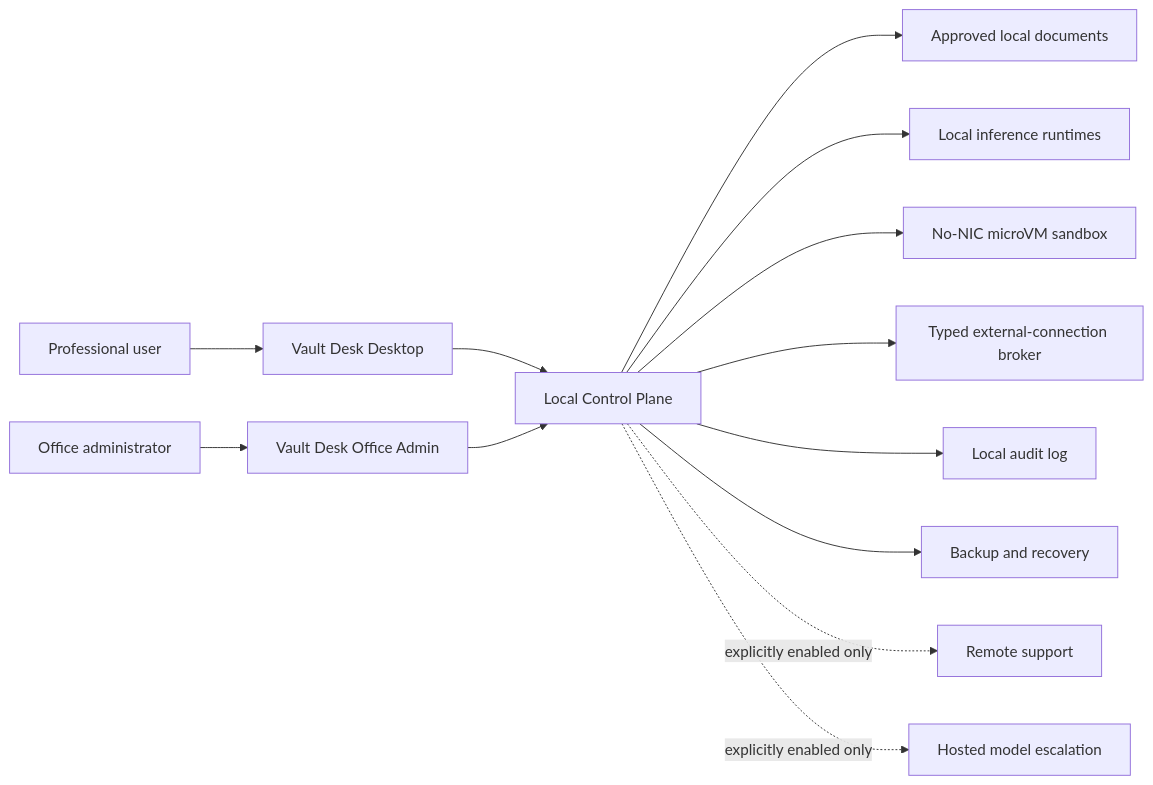
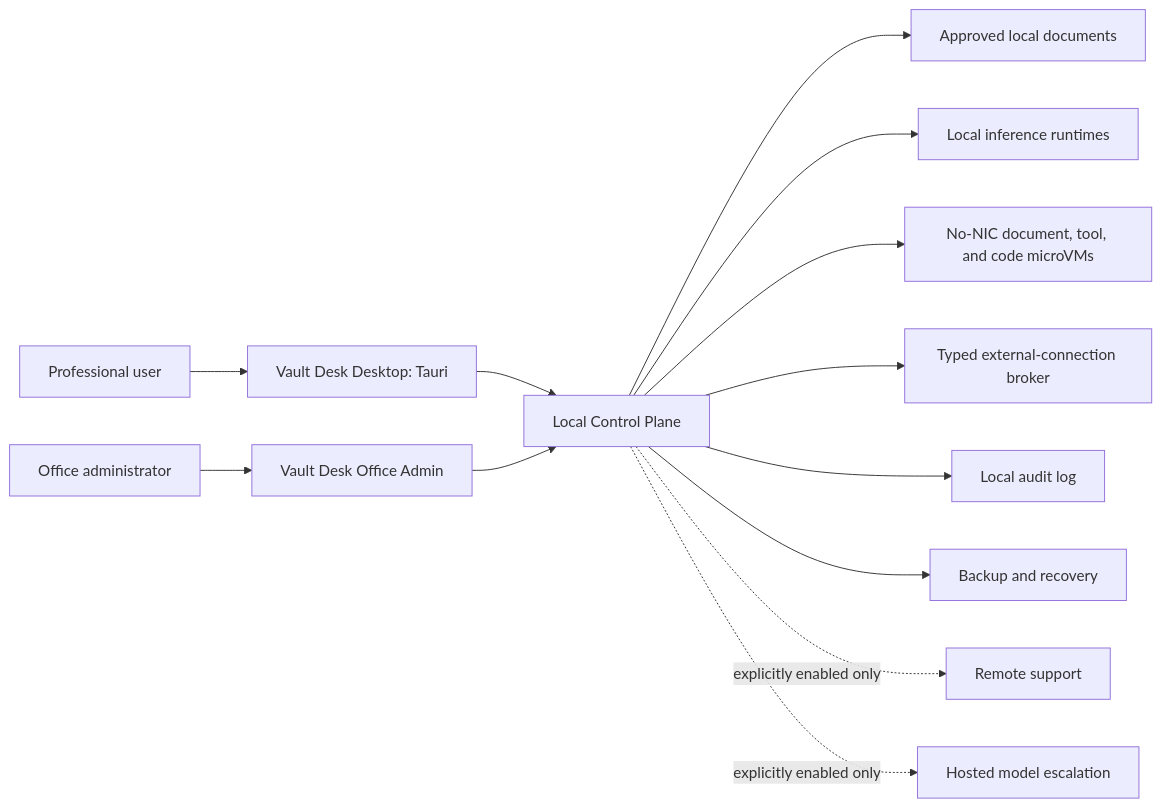
One commit to alex-alecu/vault-desk changed the diagram in docs/diagrams/system-context.md. Above: the diagram before and after it, drawn with Mermaid. The commit also changed other lines of this file and 30 other files, not shown here.

First line of the commit message:
docs: refine offline desktop architecture

````diff
--- a/docs/diagrams/system-context.md
+++ b/docs/diagrams/system-context.md
@@ -5,18 +5,18 @@
 ```mermaid
 flowchart LR
-    User["Professional user"] --> Desktop["Vault Desk Desktop"]
+    User["Professional user"] --> Desktop["Vault Desk Desktop: Tauri"]
     Admin["Office administrator"] --> OfficeAdmin["Vault Desk Office Admin"]
 
     Desktop --> Control["Local Control Plane"]
     OfficeAdmin --> Control
 
     Control --> Documents["Approved local documents"]
     Control --> Inference["Local inference runtimes"]
-    Control --> Sandbox["No-NIC microVM sandbox"]
+    Control --> Sandbox["No-NIC document, tool, and code microVMs"]
     Control --> NetworkBroker["Typed external-connection broker"]
     Control --> Audit["Local audit log"]
     Control --> Backup["Backup and recovery"]
 
     Control -. "explicitly enabled only" .-> RemoteSupport["Remote support"]
     Control -. "explicitly enabled only" .-> HostedEscalation["Hosted model escalation"]
 ```
````
